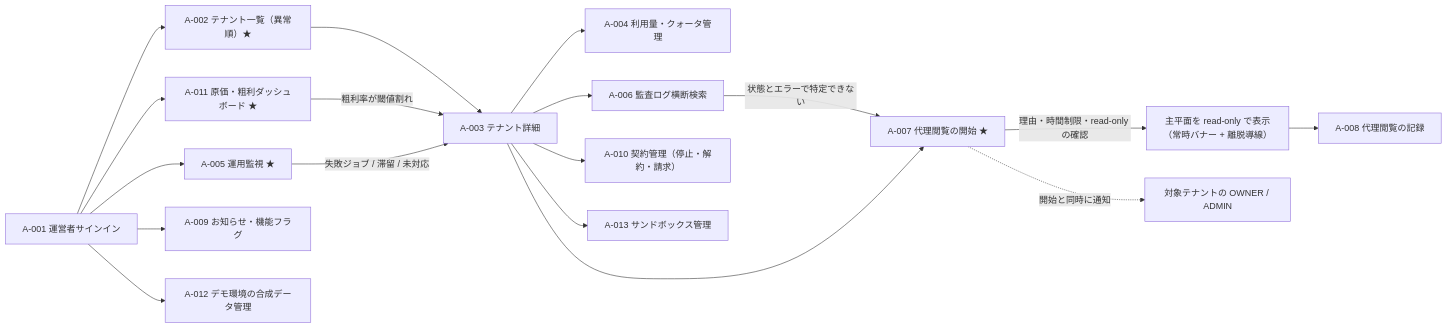
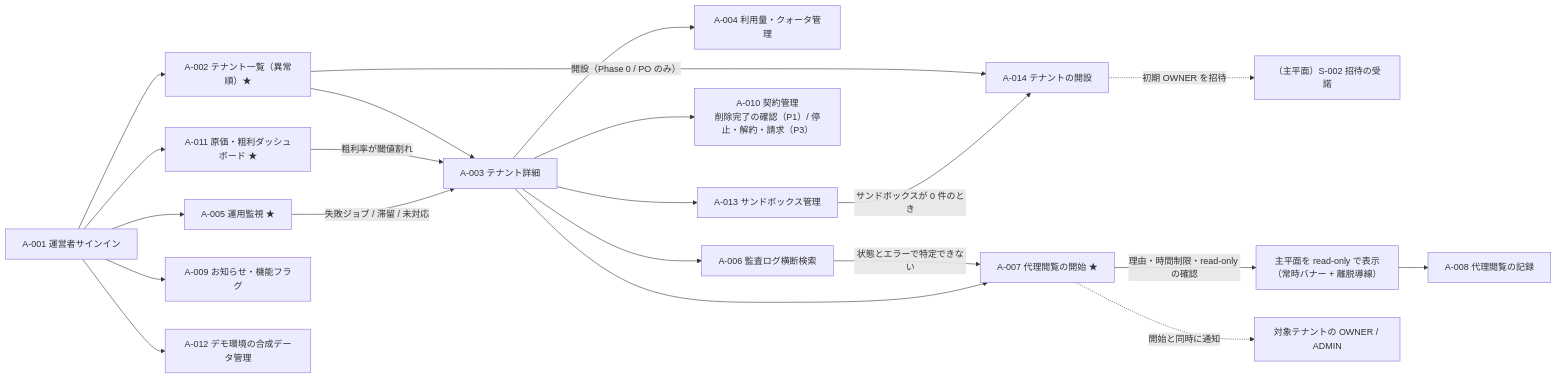
Before and after one commit to Festal-KM/SES-Platform: the fourth of 4 diagrams in docs/04-ui-design.md, drawn with Mermaid. The commit also changed other lines of this file, not shown here.

````diff
--- a/docs/04-ui-design.md
+++ b/docs/04-ui-design.md
@@ -219,20 +230,23 @@
 ```mermaid
 flowchart LR
   A001["A-001 運営者サインイン"] --> A002["A-002 テナント一覧（異常順）★"]
+  A002 -->|"開設（Phase 0 / PO のみ）"| A014["A-014 テナントの開設"]
+  A014 -.->|"初期 OWNER を招待"| S002["（主平面）S-002 招待の受諾"]
   A001 --> A005["A-005 運用監視 ★"]
   A001 --> A011["A-011 原価・粗利ダッシュボード ★"]
   A002 --> A003["A-003 テナント詳細"]
   A011 -->|"粗利率が閾値割れ"| A003
   A005 -->|"失敗ジョブ / 滞留 / 未対応"| A003
   A003 --> A004["A-004 利用量・クォータ管理"]
   A003 --> A006["A-006 監査ログ横断検索"]
-  A003 --> A010["A-010 契約管理（停止・解約・請求）"]
+  A003 --> A010["A-010 契約管理<br/>削除完了の確認（P1）/ 停止・解約・請求（P3）"]
   A003 --> A013["A-013 サンドボックス管理"]
+  A013 -->|"サンドボックスが 0 件のとき"| A014
   A006 -->|"状態とエラーで特定できない"| A007["A-007 代理閲覧の開始 ★"]
   A003 --> A007
   A007 -->|"理由・時間制限・read-only の確認"| IMP["主平面を read-only で表示<br/>（常時バナー + 離脱導線）"]
   IMP --> A008["A-008 代理閲覧の記録"]
   A007 -.->|"開始と同時に通知"| TEN["対象テナントの OWNER / ADMIN"]
   A001 --> A009["A-009 お知らせ・機能フラグ"]
   A001 --> A012["A-012 デモ環境の合成データ管理"]
 ```
````
